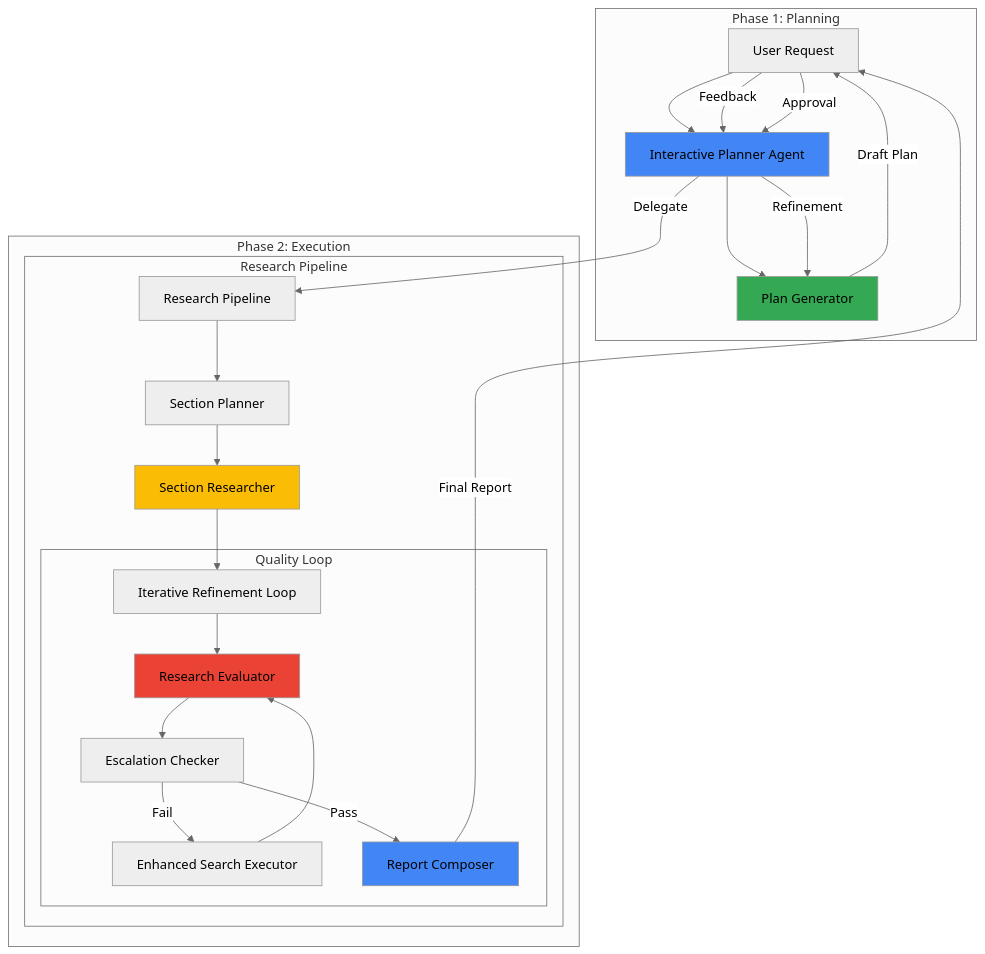
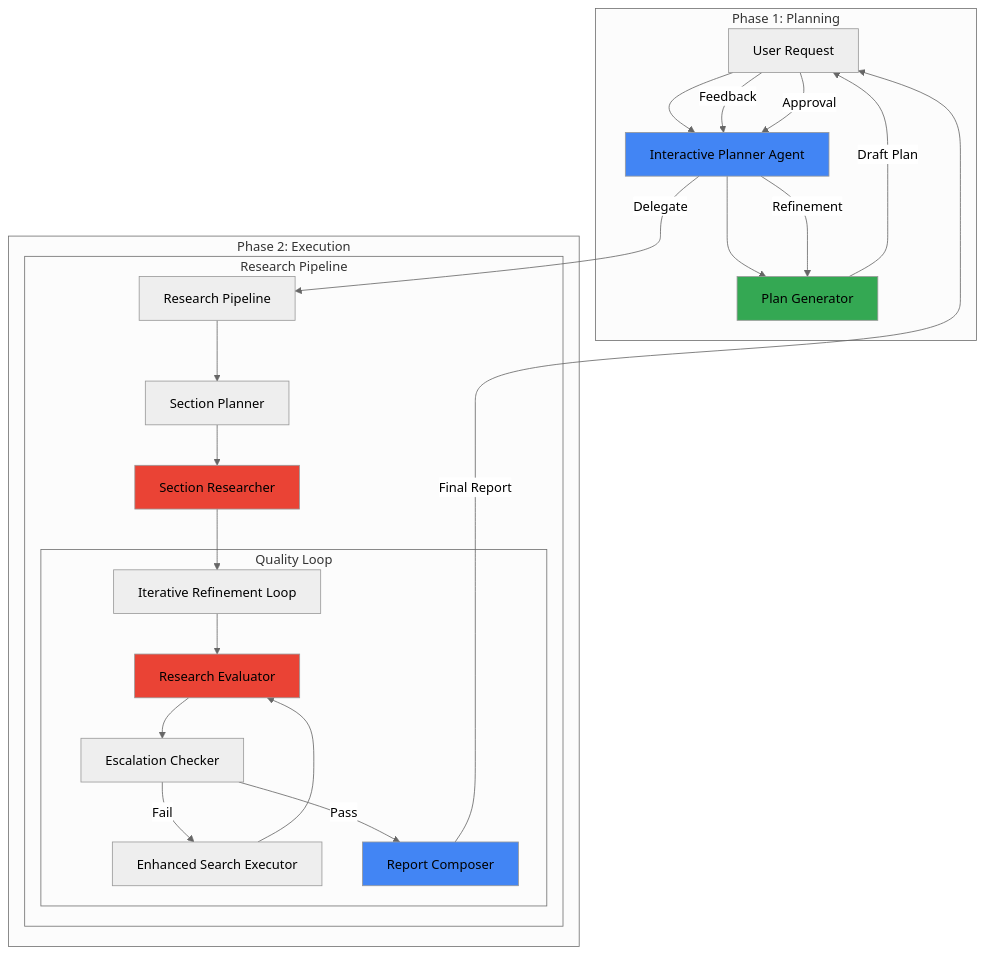
One commit to NickB03/vana changed the first of 5 diagrams in README.md. Above: the diagram before and after it, drawn with Mermaid (neutral theme). The commit also changed other lines of this file, not shown here.

````diff
--- a/README.md
+++ b/README.md
@@ -115,38 +114,38 @@
 ```mermaid
 graph TB
     User[User Request] --> IP[Interactive Planner Agent]
     
     subgraph "Phase 1: Planning"
         IP --> PG[Plan Generator]
         PG --> |Draft Plan| User
         User --> |Feedback| IP
         IP --> |Refinement| PG
         User --> |Approval| IP
     end
     
     subgraph "Phase 2: Execution"
         IP --> |Delegate| RP[Research Pipeline]
         
         subgraph "Research Pipeline"
             RP --> SP[Section Planner]
             SP --> SR[Section Researcher]
             SR --> IRL[Iterative Refinement Loop]
             
             subgraph "Quality Loop"
                 IRL --> RE[Research Evaluator]
                 RE --> EC[Escalation Checker]
                 EC --> |Fail| ESE[Enhanced Search Executor]
                 ESE --> RE
                 EC --> |Pass| RC[Report Composer]
             end
         end
     end
     
     RC --> |Final Report| User
     
     style IP fill:#4285F4
     style PG fill:#34A853
-    style SR fill:#FBBC05
+    style SR fill:#EA4335
     style RE fill:#EA4335
     style RC fill:#4285F4
 ```
````
